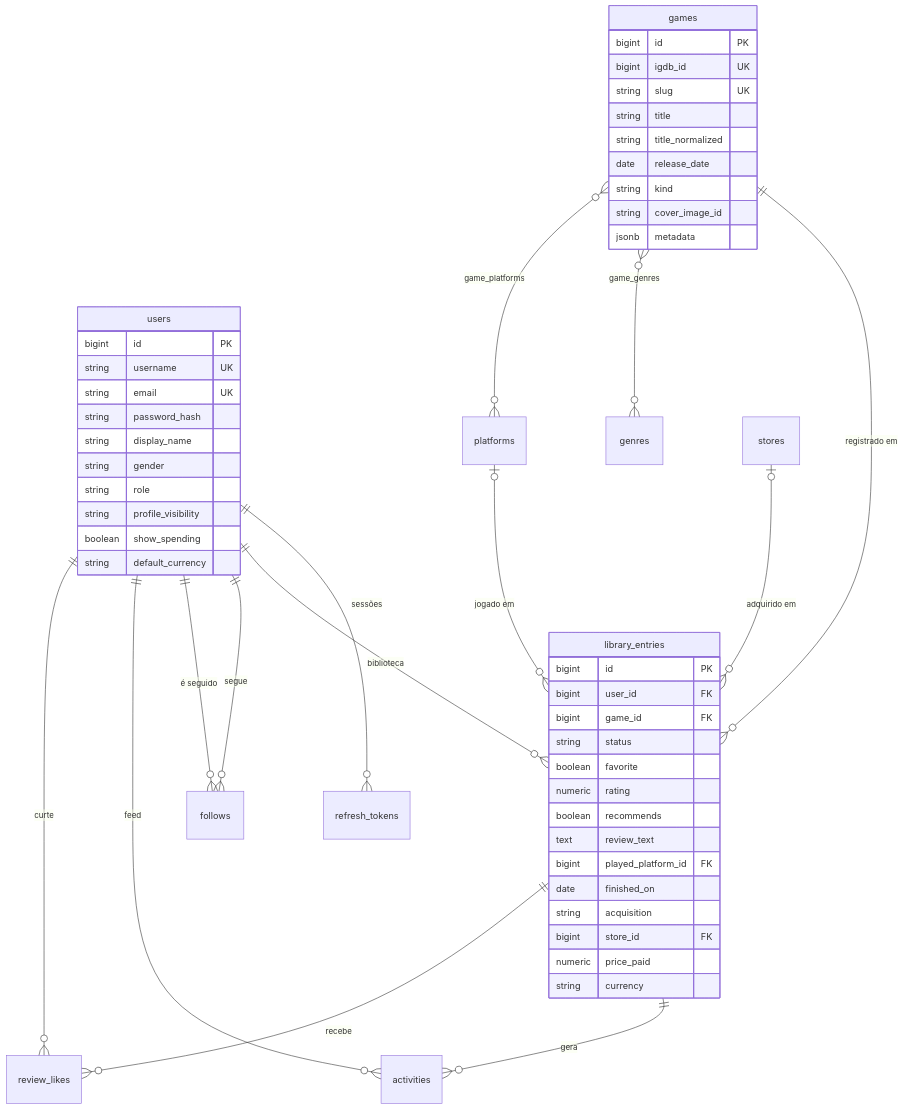
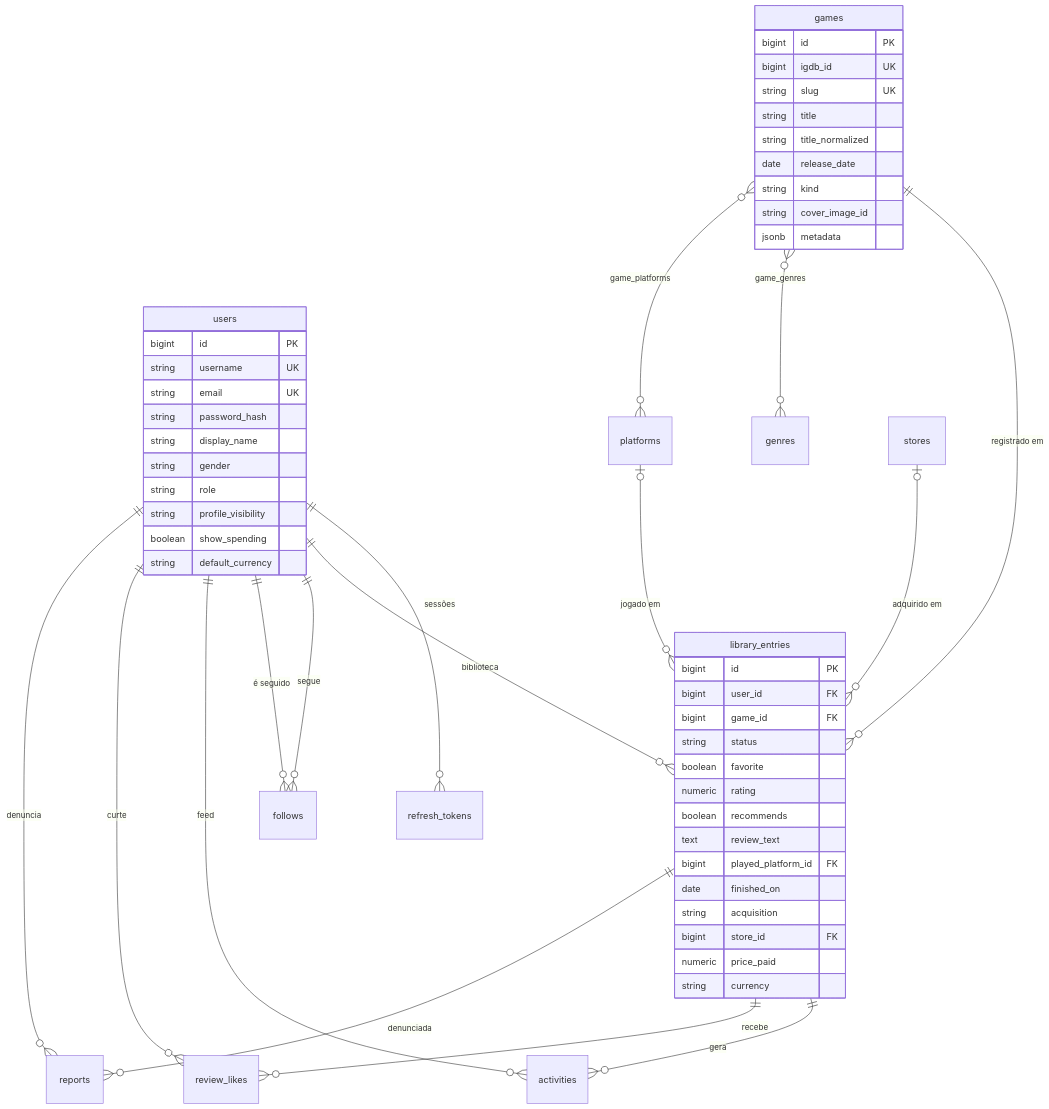
Before and after one commit to kauanunnes/game-log-backend: the diagram in docs/03-modelo-de-dados.md, drawn with Mermaid. The commit also changed other lines of this file and 6 other files, not shown here.

````diff
--- a/docs/03-modelo-de-dados.md
+++ b/docs/03-modelo-de-dados.md
@@ -7,56 +7,58 @@
 ```mermaid
 erDiagram
     users ||--o{ refresh_tokens : "sessões"
     users ||--o{ library_entries : "biblioteca"
     users ||--o{ follows : "segue"
     users ||--o{ follows : "é seguido"
     users ||--o{ activities : "feed"
     library_entries ||--o{ activities : "gera"
     users ||--o{ review_likes : "curte"
     library_entries ||--o{ review_likes : "recebe"
+    users ||--o{ reports : "denuncia"
+    library_entries ||--o{ reports : "denunciada"
     games ||--o{ library_entries : "registrado em"
     games }o--o{ genres : "game_genres"
     games }o--o{ platforms : "game_platforms"
     platforms |o--o{ library_entries : "jogado em"
     stores |o--o{ library_entries : "adquirido em"
 
     users {
         bigint id PK
         string username UK
         string email UK
         string password_hash
         string display_name
         string gender
         string role
         string profile_visibility
         boolean show_spending
         string default_currency
     }
     games {
         bigint id PK
         bigint igdb_id UK
         string slug UK
         string title
         string title_normalized
         date release_date
         string kind
         string cover_image_id
         jsonb metadata
     }
     library_entries {
         bigint id PK
         bigint user_id FK
         bigint game_id FK
         string status
         boolean favorite
         numeric rating
         boolean recommends
         text review_text
         bigint played_platform_id FK
         date finished_on
         string acquisition
         bigint store_id FK
         numeric price_paid
         string currency
     }
 ```
````
